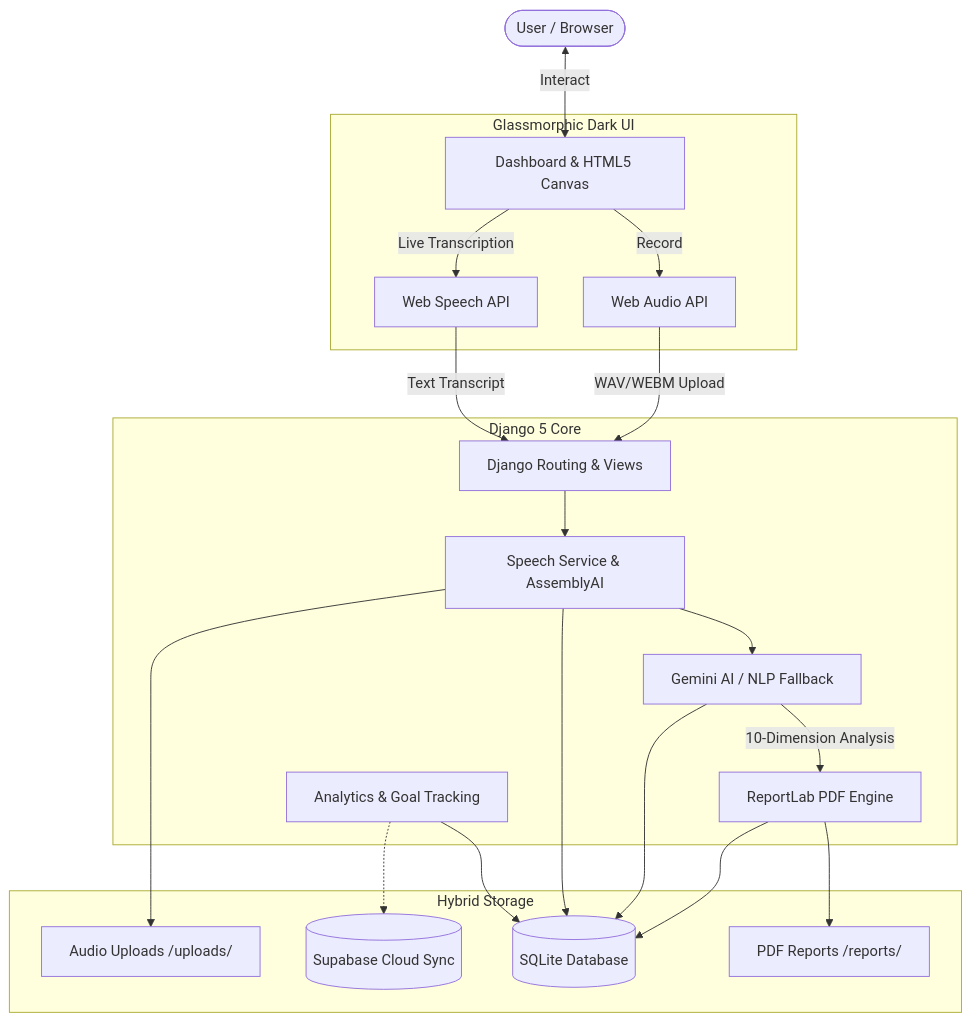
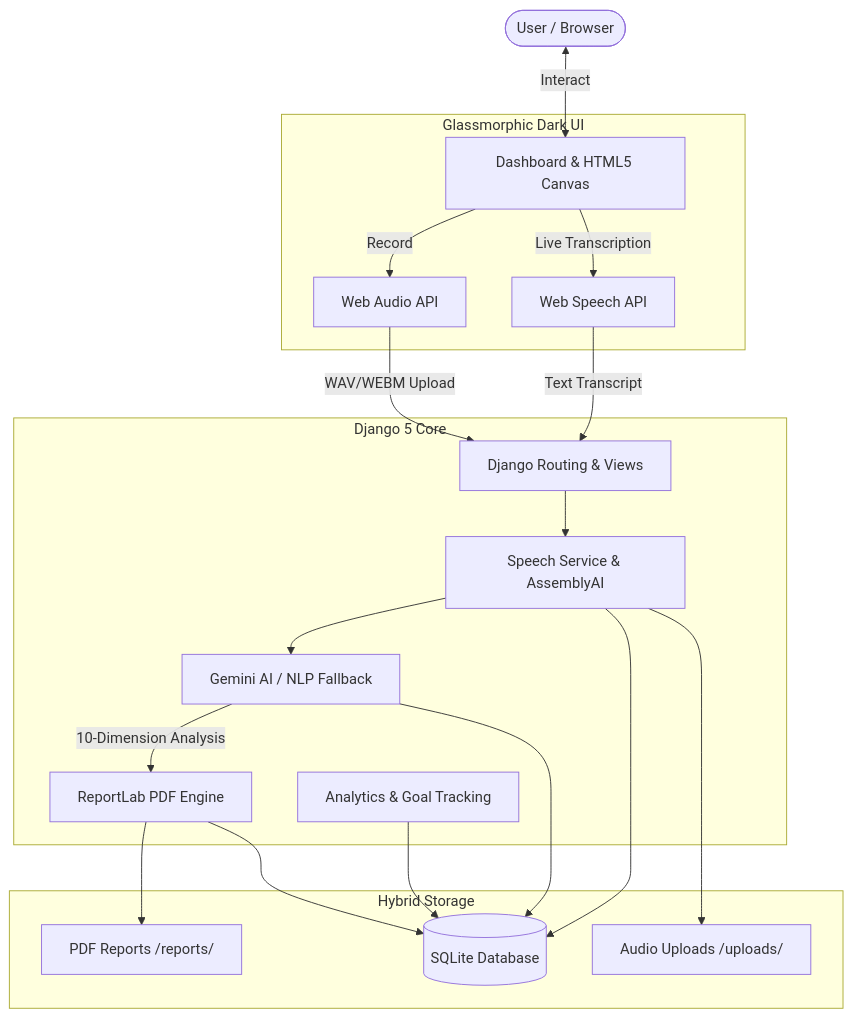
One commit to Faheemkanniyan/AI_Public_Speaking_Coach changed the first of 2 diagrams in README.md. Above: the diagram before and after it, drawn with Mermaid. The commit also changed other lines of this file and 23 other files, not shown here.

````diff
--- a/README.md
+++ b/README.md
@@ -27,45 +27,45 @@
 ```mermaid
 graph TD
     User([User / Browser])
     
     subgraph Frontend [Glassmorphic Dark UI]
         UI[Dashboard & HTML5 Canvas]
         WebAudio[Web Audio API]
         WebSpeech[Web Speech API]
     end
     
     subgraph Backend [Django 5 Core]
         Django[Django Routing & Views]
         SpeechSvc[Speech Service & AssemblyAI]
         AISvc[Gemini AI / NLP Fallback]
         ReportSvc[ReportLab PDF Engine]
         Analytics[Analytics & Goal Tracking]
     end
     
     subgraph Storage [Hybrid Storage]
         DB[(SQLite Database)]
-        Supabase[(Supabase Cloud Sync)]
+
         Uploads[Audio Uploads /uploads/]
         PDFs[PDF Reports /reports/]
     end
 
     User <--> |Interact| UI
     UI --> |Record| WebAudio
     UI --> |Live Transcription| WebSpeech
     
     WebAudio --> |WAV/WEBM Upload| Django
     WebSpeech --> |Text Transcript| Django
     
     Django --> SpeechSvc
     SpeechSvc --> AISvc
     AISvc --> |10-Dimension Analysis| ReportSvc
     
     SpeechSvc --> DB
     AISvc --> DB
     ReportSvc --> PDFs
     ReportSvc --> DB
     Analytics --> DB
-    Analytics -.-> Supabase
+
     
     SpeechSvc --> Uploads
 ```
````
